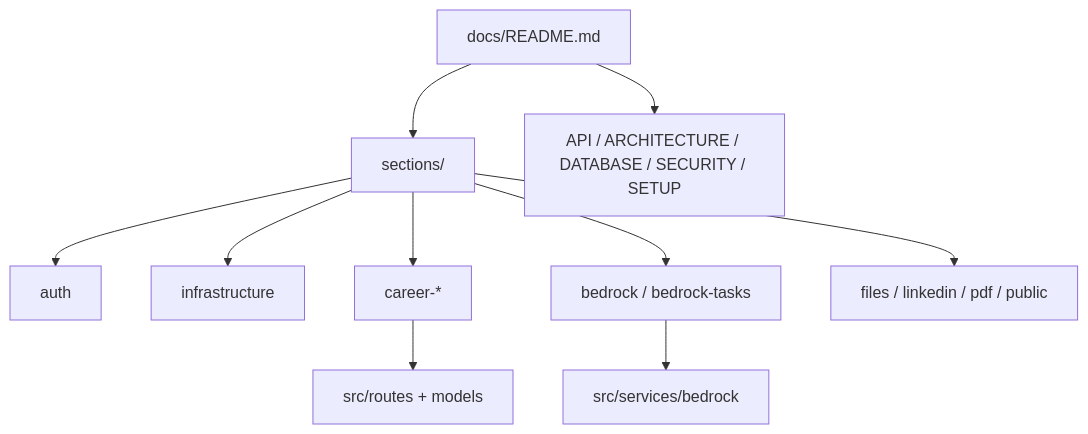
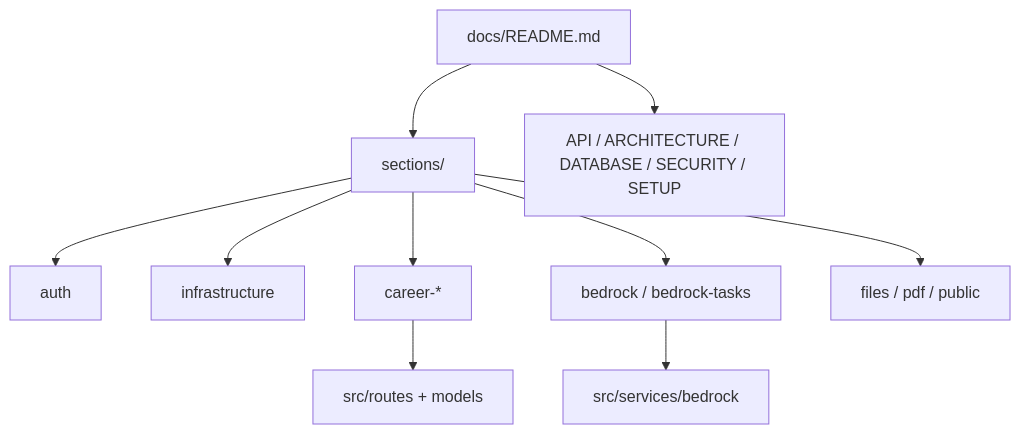
The diagram in cjhirashi-career-api/docs/README.md (cjhirashi/cjhirashi-career), drawn with Mermaid before and after one commit. The commit also changed other lines of this file and 59 other files, not shown here.

````diff
--- a/cjhirashi-career-api/docs/README.md
+++ b/cjhirashi-career-api/docs/README.md
@@ -9,12 +9,12 @@
 ```mermaid
 flowchart TB
     Index[docs/README.md] --> Sections[sections/]
     Sections --> Auth[auth]
     Sections --> Infra[infrastructure]
     Sections --> Career[career-*]
     Sections --> Agent[bedrock / bedrock-tasks]
-    Sections --> Integ[files / linkedin / pdf / public]
+    Sections --> Integ[files / pdf / public]
     Index --> Guides[API / ARCHITECTURE / DATABASE / SECURITY / SETUP]
     Career --> Src[src/routes + models]
     Agent --> Harness[src/services/bedrock]
 ```
````
